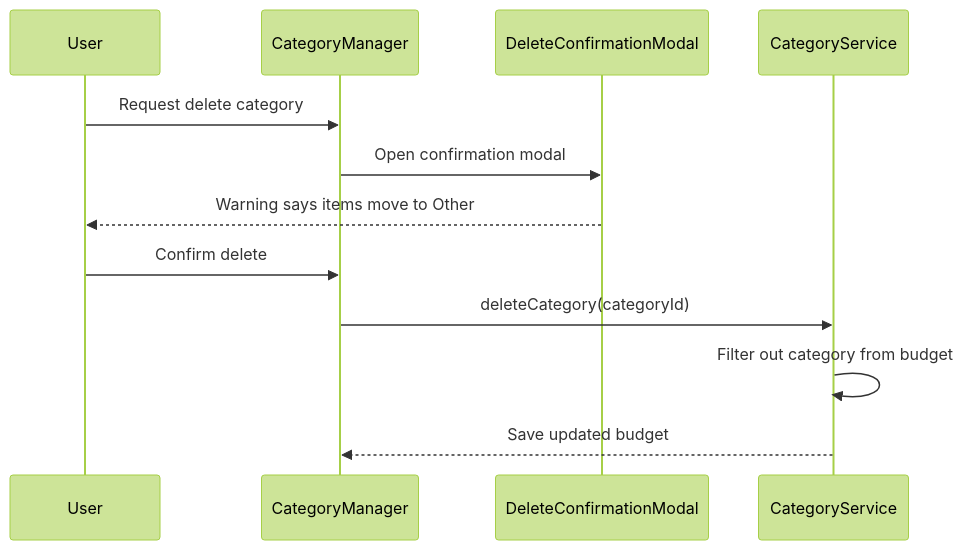
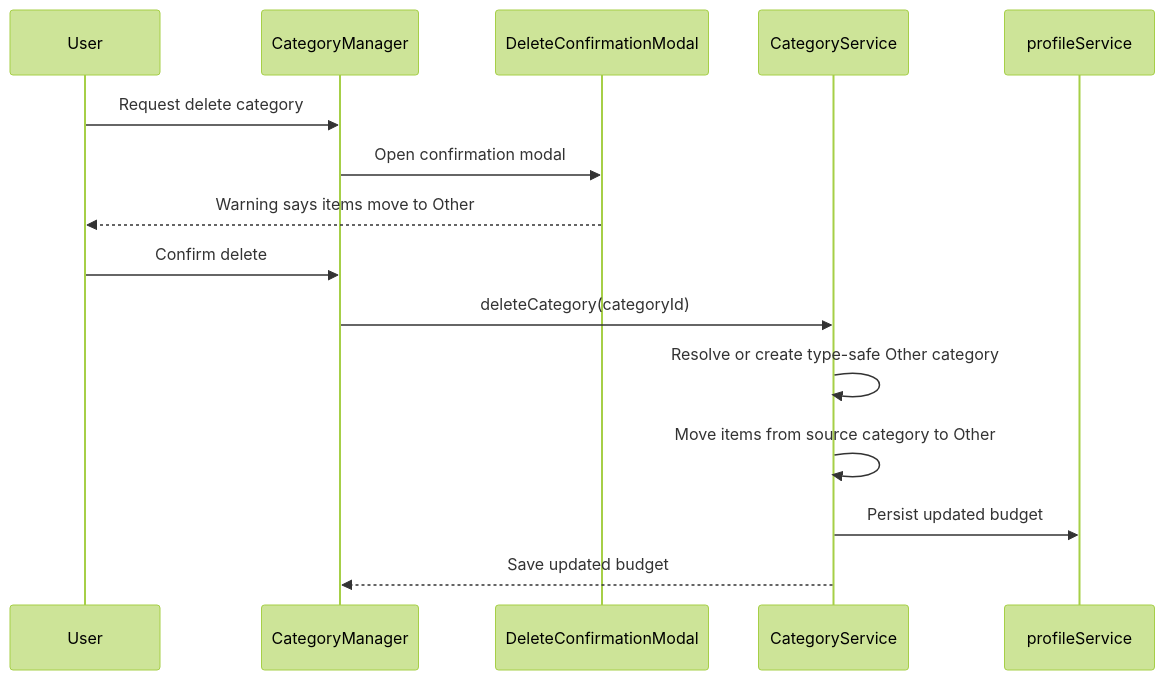
One commit to patrickcruzutfpr/family-budget-app changed the fifth of 5 diagrams in docs/architecture/F-critical-flows.md. Above: the diagram before and after it, drawn with Mermaid (forest theme). The commit also changed other lines of this file and 13 other files, not shown here.

````diff
--- a/docs/architecture/F-critical-flows.md
+++ b/docs/architecture/F-critical-flows.md
@@ -107,15 +107,18 @@
 ```mermaid
 sequenceDiagram
   participant U as User
   participant CM as CategoryManager
   participant DM as DeleteConfirmationModal
   participant CS as CategoryService
+  participant P as profileService
 
   U->>CM: Request delete category
   CM->>DM: Open confirmation modal
   DM-->>U: Warning says items move to Other
   U->>CM: Confirm delete
   CM->>CS: deleteCategory(categoryId)
-  CS->>CS: Filter out category from budget
+  CS->>CS: Resolve or create type-safe Other category
+  CS->>CS: Move items from source category to Other
+  CS->>P: Persist updated budget
   CS-->>CM: Save updated budget
 ```
````
